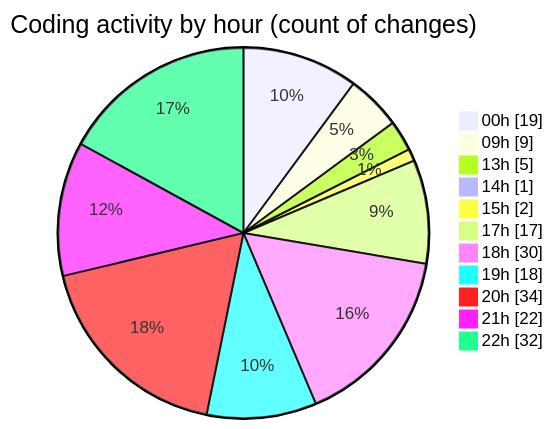
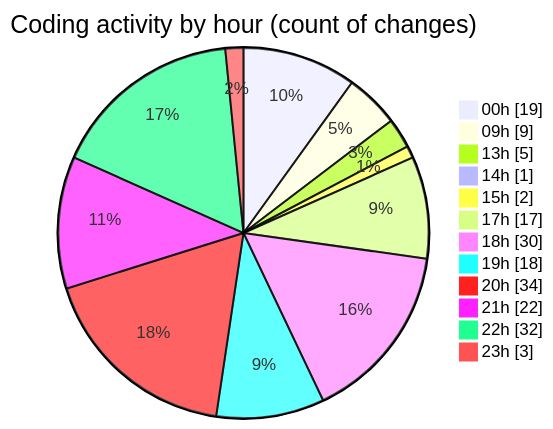
Before and after one commit to EIIisD/code-tracking: the second of 2 diagrams in 2025-08-12/ribbon/README.md, drawn with Mermaid. The commit also changed other lines of this file and 1 other file, not shown here.

````diff
--- a/2025-08-12/ribbon/README.md
+++ b/2025-08-12/ribbon/README.md
@@ -58,15 +58,16 @@
 ```mermaid
 pie showData
 title Coding activity by hour (count of changes)
 "00h" : 19
 "09h" : 9
 "13h" : 5
 "14h" : 1
 "15h" : 2
 "17h" : 17
 "18h" : 30
 "19h" : 18
 "20h" : 34
 "21h" : 22
 "22h" : 32
+"23h" : 3
 ```
````
